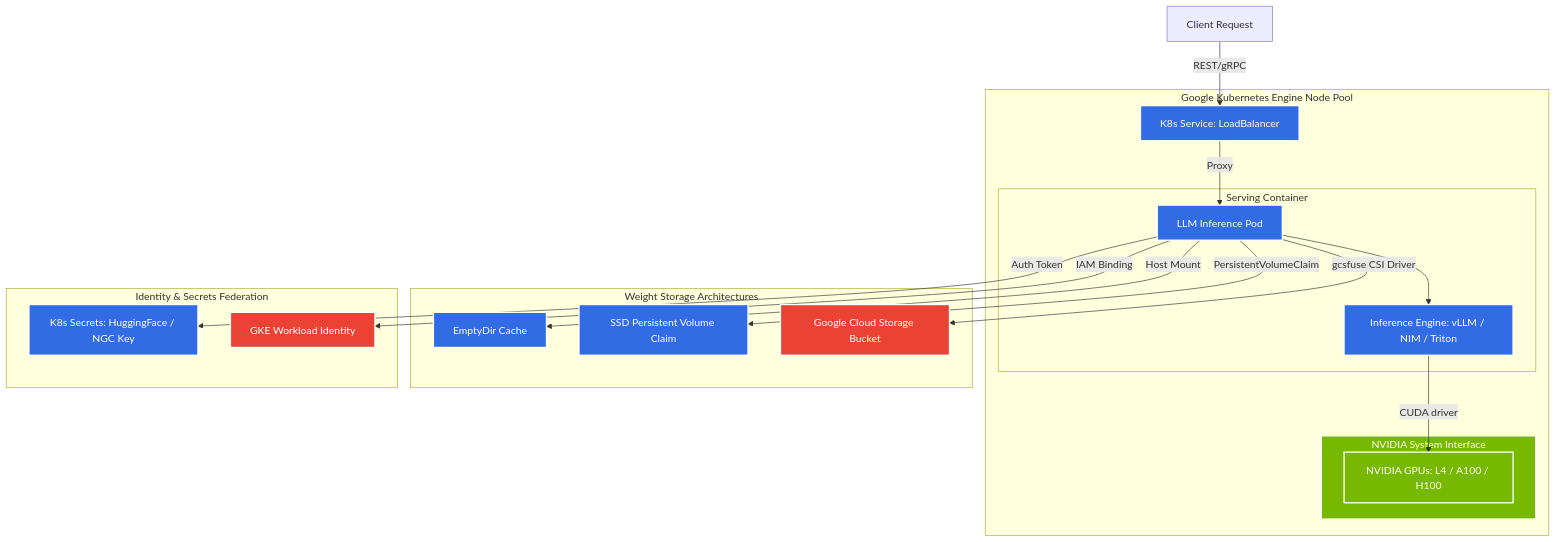
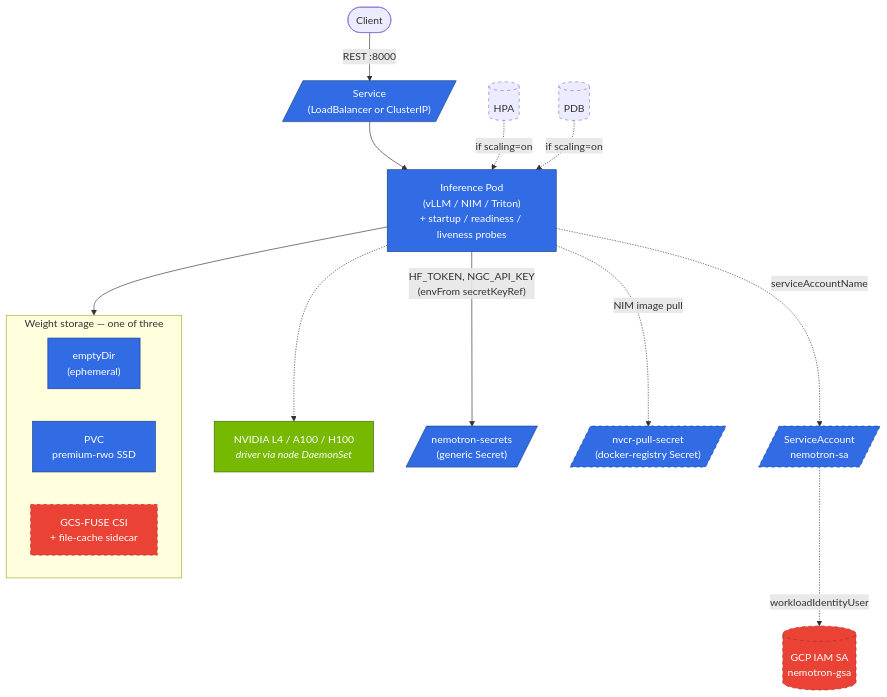
Before and after one commit to adnanfida/nemotron-on-gke: the second of 3 diagrams in README.md, drawn with Mermaid. The commit also changed other lines of this file, not shown here.

````diff
--- a/README.md
+++ b/README.md
@@ -56,36 +38,32 @@
 ```mermaid
-graph TD
-    classDef k8s fill:#326ce5,stroke:#fff,stroke-width:2px,color:#fff;
-    classDef gcp fill:#ea4335,stroke:#fff,stroke-width:2px,color:#fff;
-    classDef gpu fill:#76b900,stroke:#fff,stroke-width:2px,color:#fff;
-    classDef storage fill:#ff9900,stroke:#fff,stroke-width:2px,color:#fff;
+flowchart TB
+    client(["Client"]) -->|"REST :8000"| svc[/"Service<br/>(LoadBalancer or ClusterIP)"/]
+    svc --> pod["Inference Pod<br/>(vLLM / NIM / Triton)<br/>+ startup / readiness / liveness probes"]
+    pod -.-> gpu["NVIDIA L4 / A100 / H100<br/><i>driver via node DaemonSet</i>"]
 
-    client[Client Request] -->|REST/gRPC| service[K8s Service: LoadBalancer]
-    
-    subgraph GKE_Node_Pool [Google Kubernetes Engine Node Pool]
-        service -->|Proxy| Pod[LLM Inference Pod]
-        
-        subgraph EngineContainer [Serving Container]
-            Pod --> Engine[Inference Engine: vLLM / NIM / Triton]
-        end
-        
-        subgraph GPU_Resources [NVIDIA System Interface]
-            Engine -->|CUDA driver| GPU["NVIDIA GPUs: L4 / A100 / H100"]
-        end
+    pod -->|"HF_TOKEN, NGC_API_KEY<br/>(envFrom secretKeyRef)"| sec1[/"nemotron-secrets<br/>(generic Secret)"/]
+    pod -.->|"NIM image pull"| sec2[/"nvcr-pull-secret<br/>(docker-registry Secret)"/]
+
+    pod -.->|"serviceAccountName"| ksa[/"ServiceAccount<br/>nemotron-sa"/]
+    ksa -.->|"workloadIdentityUser"| gsa[("GCP IAM SA<br/>nemotron-gsa")]
+
+    subgraph store ["Weight storage — one of three"]
+        direction LR
+        ed["emptyDir<br/>(ephemeral)"]
+        pvcs["PVC<br/>premium-rwo SSD"]
+        gcs["GCS-FUSE CSI<br/>+ file-cache sidecar"]
     end
+    pod --> store
 
-    subgraph Storage_Options [Weight Storage Architectures]
-        Pod -->|Host Mount| EmptyDir[EmptyDir Cache]
-        Pod -->|PersistentVolumeClaim| SSD_PVC[SSD Persistent Volume Claim]
-        Pod -->|gcsfuse CSI Driver| GCS_Bucket[Google Cloud Storage Bucket]
-    end
+    hpa[(HPA)] -.->|"if scaling=on"| pod
+    pdb[(PDB)] -.->|"if scaling=on"| pod
 
-    subgraph IAM_Sec_Identity [Identity & Secrets Federation]
-        Pod -->|Auth Token| HF_NGC_Secrets[K8s Secrets: HuggingFace / NGC Key]
-        Pod -->|IAM Binding| Workload_Identity[GKE Workload Identity]
-    end
-
-    class service,Pod,Engine,HF_NGC_Secrets,SSD_PVC,EmptyDir k8s;
-    class GCS_Bucket,Workload_Identity gcp;
-    class GPU,GPU_Resources gpu;
+    classDef nv fill:#76b900,stroke:#3f6b00,color:#fff
+    classDef k8s fill:#326ce5,stroke:#1a3e87,color:#fff
+    classDef gcp fill:#ea4335,stroke:#a52a2a,color:#fff
+    classDef opt stroke-dasharray:5 5
+    class gpu nv
+    class svc,pod,ksa,sec1,sec2,ed,pvcs k8s
+    class gsa,gcs gcp
+    class sec2,ksa,gsa,hpa,pdb,gcs opt
 ```
````
